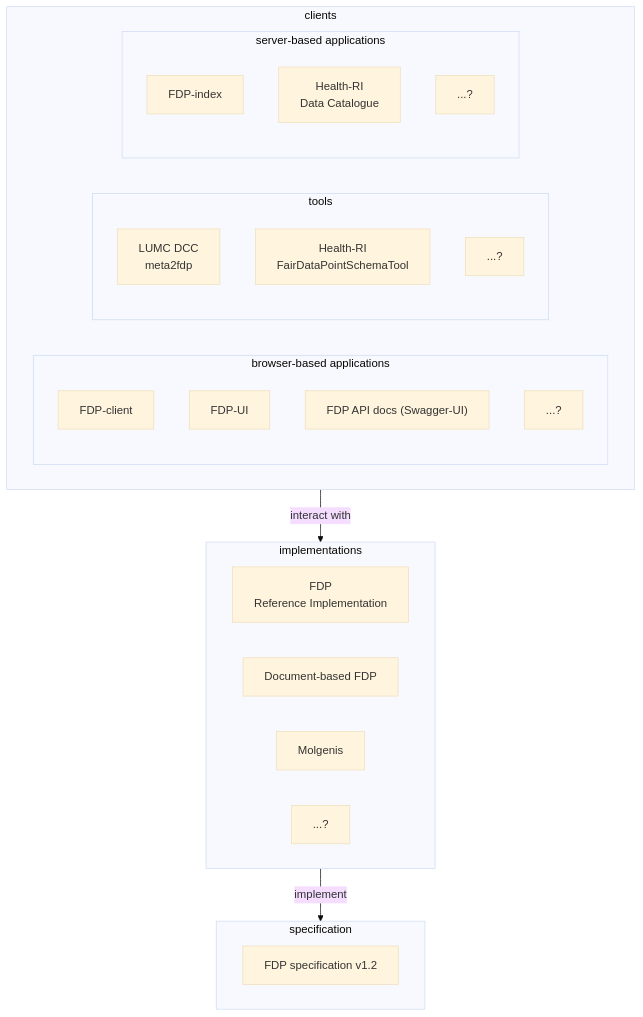
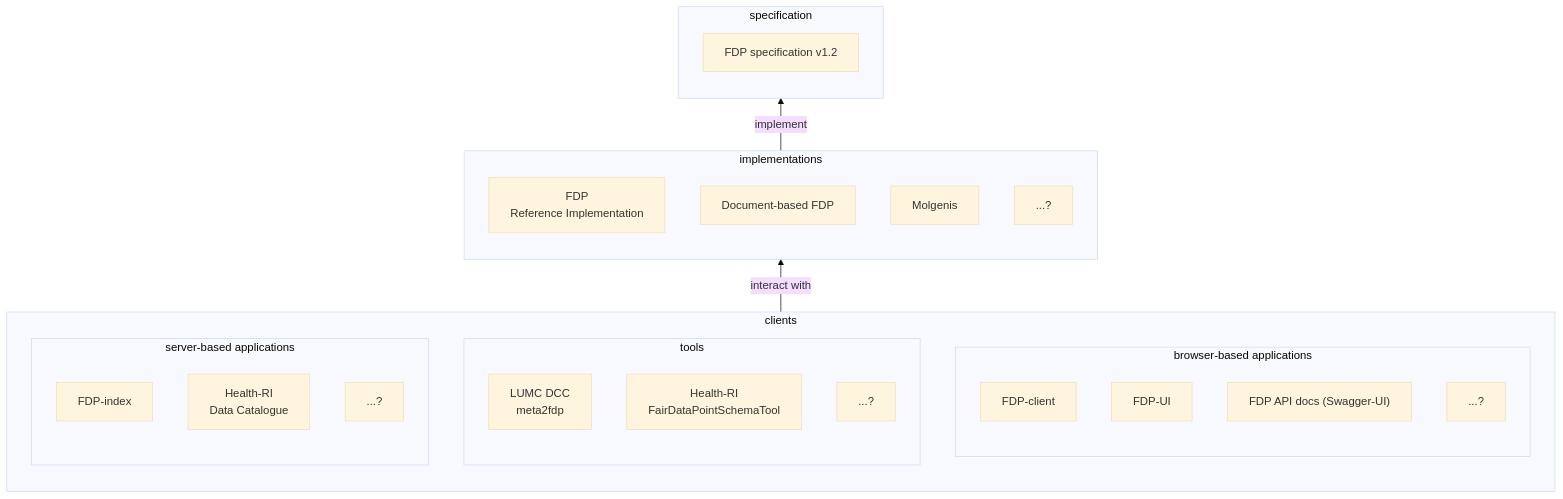
One commit to FAIRDataTeam/community changed the diagram in diagrams/ecosystem.mermaid. Above: the diagram before and after it, drawn with Mermaid (base theme).

Commit message:
reverse direction of ecosystem diagram

```diff
--- a/diagrams/ecosystem.mermaid
+++ b/diagrams/ecosystem.mermaid
@@ -1,34 +1,34 @@
-flowchart
+flowchart BT
   subgraph specification
     fdp-specs[FDP specification v1.2]
   end
   subgraph implementations
     fdp["FDP<br>Reference Implementation"]
     doc["Document-based FDP"]
     molgenis["Molgenis"]
     other-implementation["...?"]
   end
   subgraph clients
     subgraph browser-based applications
       direction TB
       fdp-client["FDP-client"]
       fdp-ui["FDP-UI"]
       swagger["FDP API docs (Swagger-UI)"]
       other-browser[...?]
     end
     subgraph tools
       direction TB
       meta2fdp["LUMC DCC<br>meta2fdp"]
       hri-schema["Health-RI<br>FairDataPointSchemaTool"]
       other-tool["...?"]
     end
     subgraph server-based applications
       direction TB
       fdp-index["FDP-index"]
       hri-catalog["Health-RI<br>Data Catalogue"]
       other-server[...?]
     end
   end
 
   implementations -- implement --> specification
   clients -- interact with --> implementations
```
